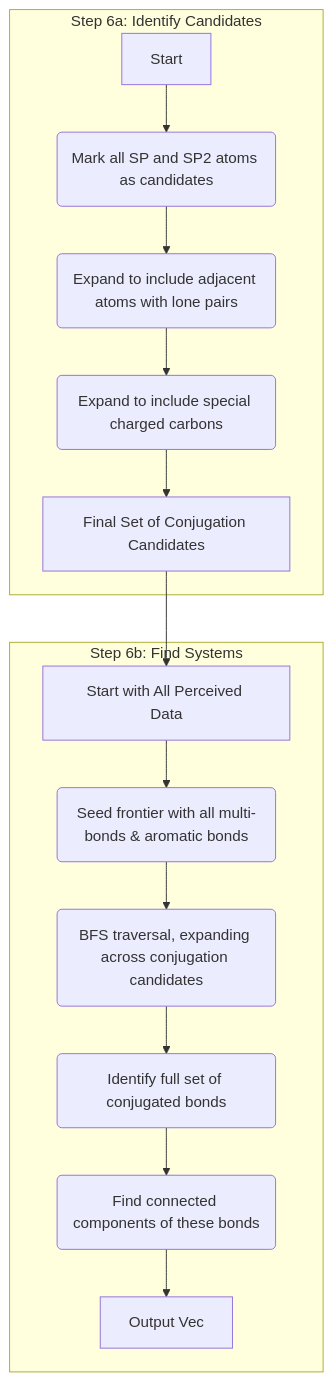
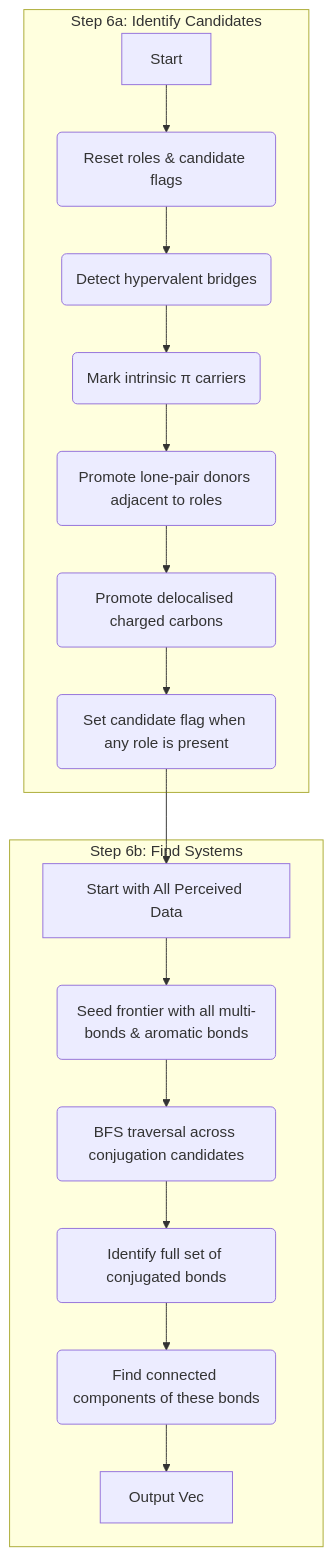
Before and after one commit to TKanX/pauling: the seventh of 7 diagrams in ARCHITECTURE.md, drawn with Mermaid. The commit also changed other lines of this file, not shown here.

Commit message:
docs(architecture): Enhance conjugation candidate identification with role tracking and hypervalent bridge detection

````diff
--- a/ARCHITECTURE.md
+++ b/ARCHITECTURE.md
@@ -190,19 +190,21 @@
 ```mermaid
 graph TD
     subgraph "Step 6a: Identify Candidates"
-        A[Start] --> B(Mark all SP and SP2 atoms as candidates);
-        B --> C(Expand to include adjacent atoms with lone pairs);
-        C --> D(Expand to include special charged carbons);
-        D --> E[Final Set of Conjugation Candidates];
+        A[Start] --> B(Reset roles & candidate flags);
+        B --> C(Detect hypervalent bridges);
+        C --> D(Mark intrinsic π carriers);
+        D --> E(Promote lone-pair donors adjacent to roles);
+        E --> F(Promote delocalised charged carbons);
+        F --> G(Set candidate flag when any role is present);
     end
 
     subgraph "Step 6b: Find Systems"
-        F[Start with All Perceived Data] --> G(Seed frontier with all multi-bonds & aromatic bonds);
-        G --> H(BFS traversal, expanding across conjugation candidates);
-        H --> I(Identify full set of conjugated bonds);
-        I --> J(Find connected components of these bonds);
-        J --> K[Output Vec<ResonanceSystem>];
+        H[Start with All Perceived Data] --> I(Seed frontier with all multi-bonds & aromatic bonds);
+        I --> J(BFS traversal across conjugation candidates);
+        J --> K(Identify full set of conjugated bonds);
+        K --> L(Find connected components of these bonds);
+        L --> M[Output Vec<ResonanceSystem>];
     end
 
-    E --> F;
+    G --> H;
 ```
````
